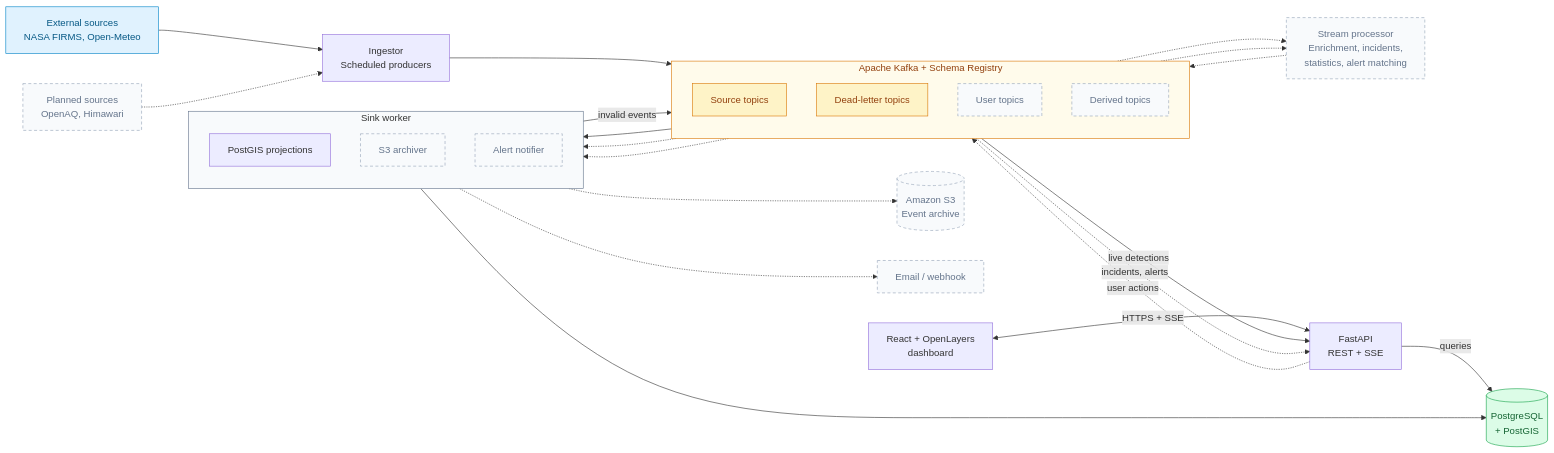
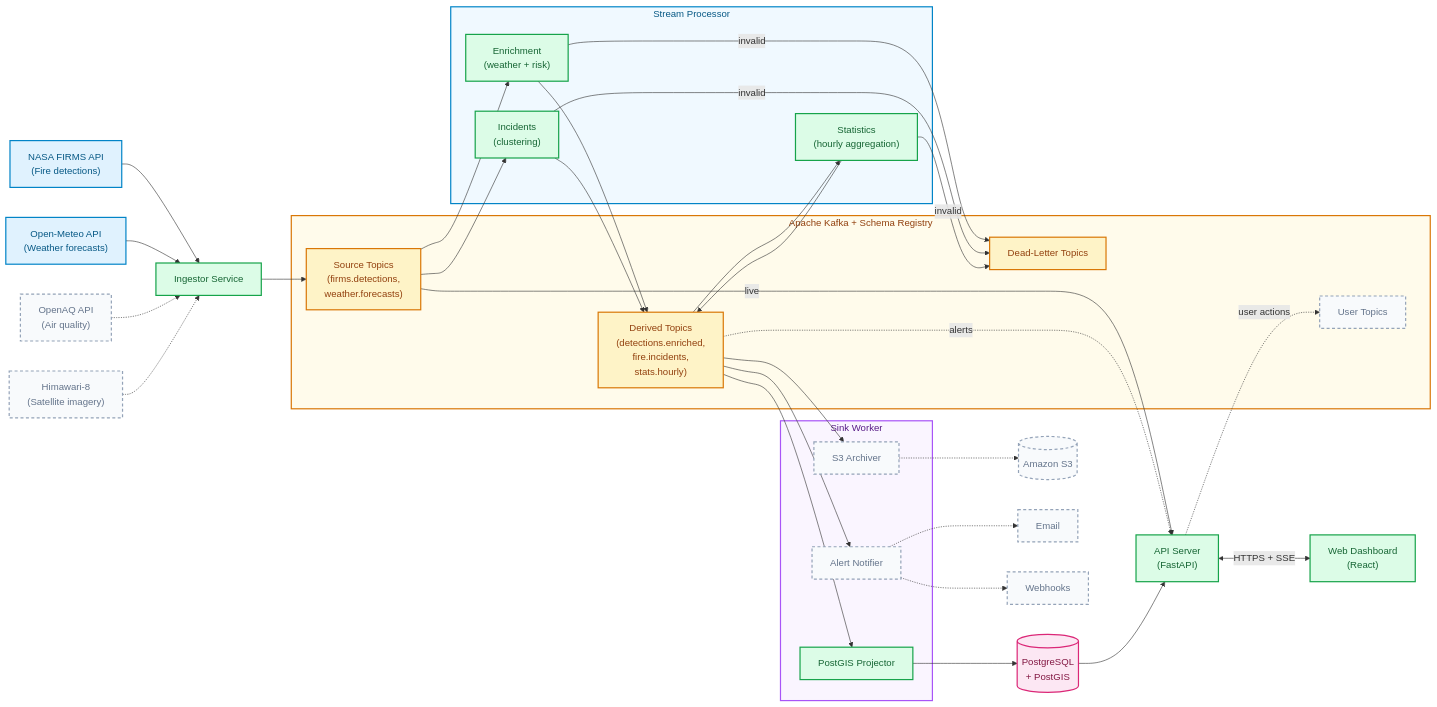
Before and after one commit to marcparaira/wildfire-intelligence-platform: the diagram in README.md, drawn with Mermaid. The commit also changed other lines of this file and 117 other files, not shown here.

````diff
--- a/README.md
+++ b/README.md
@@ -16,59 +18,120 @@
 ```mermaid
 flowchart LR
-    SRC["External sources<br/>NASA FIRMS, Open-Meteo"]
-    SRC_P["Planned sources<br/>OpenAQ, Himawari"]
+    %% External Sources (Implemented)
+    FIRMS["NASA FIRMS API<br/>(Fire detections)"]
+    METEO["Open-Meteo API<br/>(Weather forecasts)"]
 
-    ING["Ingestor<br/>Scheduled producers"]
+    %% External Sources (Planned)
+    OPENAQ["OpenAQ API<br/>(Air quality)"]
+    HIMAWARI["Himawari-8<br/>(Satellite imagery)"]
 
+    %% Ingestor Service
+    ING["Ingestor Service"]
+
+    %% Apache Kafka (Compact)
     subgraph KAFKA["Apache Kafka + Schema Registry"]
-        direction TB
-        T_SRC["Source topics"]
-        T_DLQ["Dead-letter topics"]
-        T_USER["User topics"]
-        T_DER["Derived topics"]
+        T_SRC["Source Topics<br/>(firms.detections,<br/>weather.forecasts)"]
+        T_DER["Derived Topics<br/>(detections.enriched,<br/>fire.incidents,<br/>stats.hourly)"]
+        T_USER["User Topics"]
+        T_DLQ["Dead-Letter Topics"]
     end
 
-    STREAM["Stream processor<br/>Enrichment, incidents,<br/>statistics, alert matching"]
-
-    subgraph WORKER["Sink worker"]
-        direction TB
-        W_DB["PostGIS projections"]
-        W_S3["S3 archiver"]
-        W_ALERT["Alert notifier"]
+    %% Stream Processor Service
+    subgraph STREAM["Stream Processor"]
+        S_ENRICH["Enrichment<br/>(weather + risk)"]
+        S_INC["Incidents<br/>(clustering)"]
+        S_STATS["Statistics<br/>(hourly aggregation)"]
     end
 
+    %% Sink Worker Service
+    subgraph WORKER["Sink Worker"]
+        W_DB["PostGIS Projector"]
+        W_S3["S3 Archiver"]
+        W_ALERT["Alert Notifier"]
+    end
+
+    %% Data Storage & Destinations
     DB[("PostgreSQL<br/>+ PostGIS")]
-    S3[("Amazon S3<br/>Event archive")]
-    NOTIFY["Email / webhook"]
+    S3[("Amazon S3")]
+    EMAIL["Email"]
+    WEBHOOK["Webhooks"]
 
-    API["FastAPI<br/>REST + SSE"]
-    UI["React + OpenLayers<br/>dashboard"]
+    %% API & Frontend
+    API["API Server<br/>(FastAPI)"]
+    UI["Web Dashboard<br/>(React)"]
 
-    SRC --> ING
-    SRC_P -.-> ING
+    %% Main flows: Sources to Ingestor
+    FIRMS --> ING
+    METEO --> ING
+    OPENAQ -.-> ING
+    HIMAWARI -.-> ING
+
+    %% Ingestor to Kafka Source Topics
     ING --> T_SRC
-    T_SRC --> W_DB --> DB
-    W_DB -->|invalid events| T_DLQ
-    T_SRC -->|live detections| API
-    API -->|queries| DB
-    UI <-->|HTTPS + SSE| API
 
-    T_SRC & T_USER -.-> STREAM
-    STREAM -.-> T_DER
-    T_DER -.->|incidents, alerts| API
+    %% Stream Processor: Source Topics to Jobs (both Enrichment and Incidents in parallel)
+    T_SRC --> S_ENRICH
+    T_SRC --> S_INC
+
+    %% Stream Processor: Enrichment output to Derived Topics
+    S_ENRICH --> T_DER
+
+    %% Stream Processor: Incidents output to Derived Topics
+    S_INC --> T_DER
+
+    %% Stream Processor: Statistics reads from Derived (Enriched), outputs to Derived
+    T_DER --> S_STATS
+    S_STATS --> T_DER
+
+    %% Error handling
+    S_ENRICH -->|invalid| T_DLQ
+    S_INC -->|invalid| T_DLQ
+    S_STATS -->|invalid| T_DLQ
+
+    %% Sink Worker: Derived Topics to Storage
+    T_DER --> W_DB
+    T_DER --> W_S3
+    T_DER --> W_ALERT
+
+    %% Storage destinations
+    W_DB --> DB
+    W_S3 -.-> S3
+    W_ALERT -.-> EMAIL
+    W_ALERT -.-> WEBHOOK
+
+    %% API: Database and Kafka
+    DB --> API
+    T_SRC -->|live| API
+
+    %% Planned: User topics and alerts
     API -.->|user actions| T_USER
-    T_DER -.-> W_ALERT -.-> NOTIFY
-    T_SRC -.-> W_S3 -.-> S3
+    T_DER -.->|alerts| API
 
-    classDef external fill:#e0f2fe,stroke:#0284c7,color:#075985
-    classDef streaming fill:#fef3c7,stroke:#d97706,color:#92400e
-    classDef data fill:#dcfce7,stroke:#16a34a,color:#166534
-    classDef planned fill:#f8fafc,stroke:#94a3b8,stroke-dasharray:5 4,color:#64748b
+    %% Frontend
+    API <-->|HTTPS + SSE| UI
 
-    class SRC external
-    class T_SRC,T_DLQ streaming
-    class DB data
-    class SRC_P,T_USER,T_DER,STREAM,W_S3,W_ALERT,S3,NOTIFY planned
-    style KAFKA fill:#fffbeb,stroke:#d97706,color:#92400e
-    style WORKER fill:#f8fafc,stroke:#64748b
+    %% Styling
+    classDef done fill:#dcfce7,stroke:#16a34a,stroke-width:2px,color:#166534
+    classDef planned fill:#f8fafc,stroke:#94a3b8,stroke-width:2px,stroke-dasharray:5 4,color:#64748b
+    classDef external fill:#e0f2fe,stroke:#0284c7,stroke-width:2px,color:#075985
+    classDef streaming fill:#fef3c7,stroke:#d97706,stroke-width:2px,color:#92400e
+    classDef storage fill:#fce7f3,stroke:#db2777,stroke-width:2px,color:#831843
+
+    class FIRMS,METEO external
+    class ING done
+    class T_SRC,T_DER,T_DLQ streaming
+    class DB storage
+    class S_ENRICH,S_INC,S_STATS done
+    class W_DB done
+    class API,UI done
+
+    class OPENAQ,HIMAWARI planned
+    class T_USER planned
+    class S_ALERT planned
+    class S3,EMAIL,WEBHOOK planned
+    class W_S3,W_ALERT planned
+
+    style KAFKA fill:#fffbeb,stroke:#d97706,stroke-width:2px,color:#92400e
+    style STREAM fill:#f0f9ff,stroke:#0284c7,stroke-width:2px,color:#075985
+    style WORKER fill:#faf5ff,stroke:#a855f7,stroke-width:2px,color:#581c87
 ```
````
